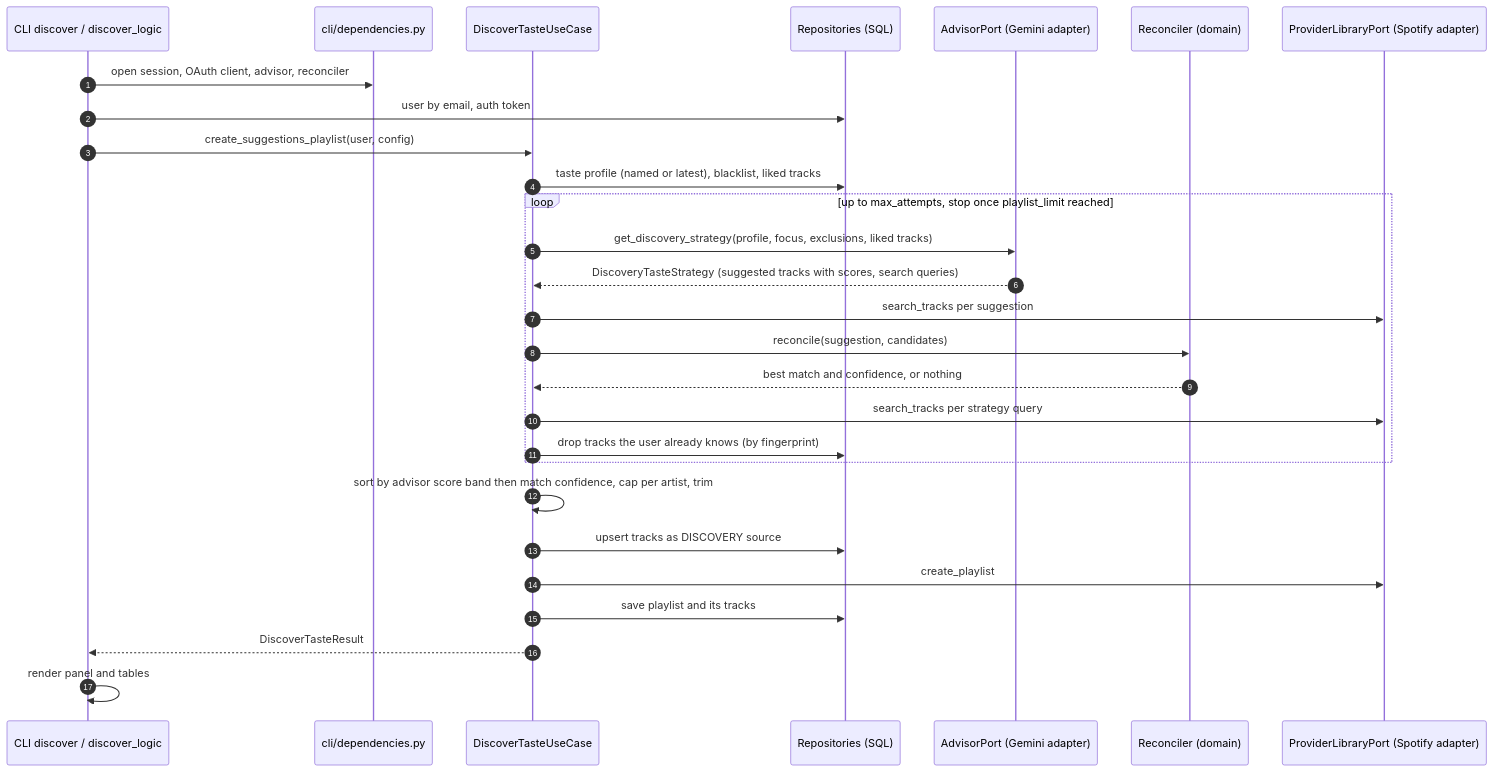
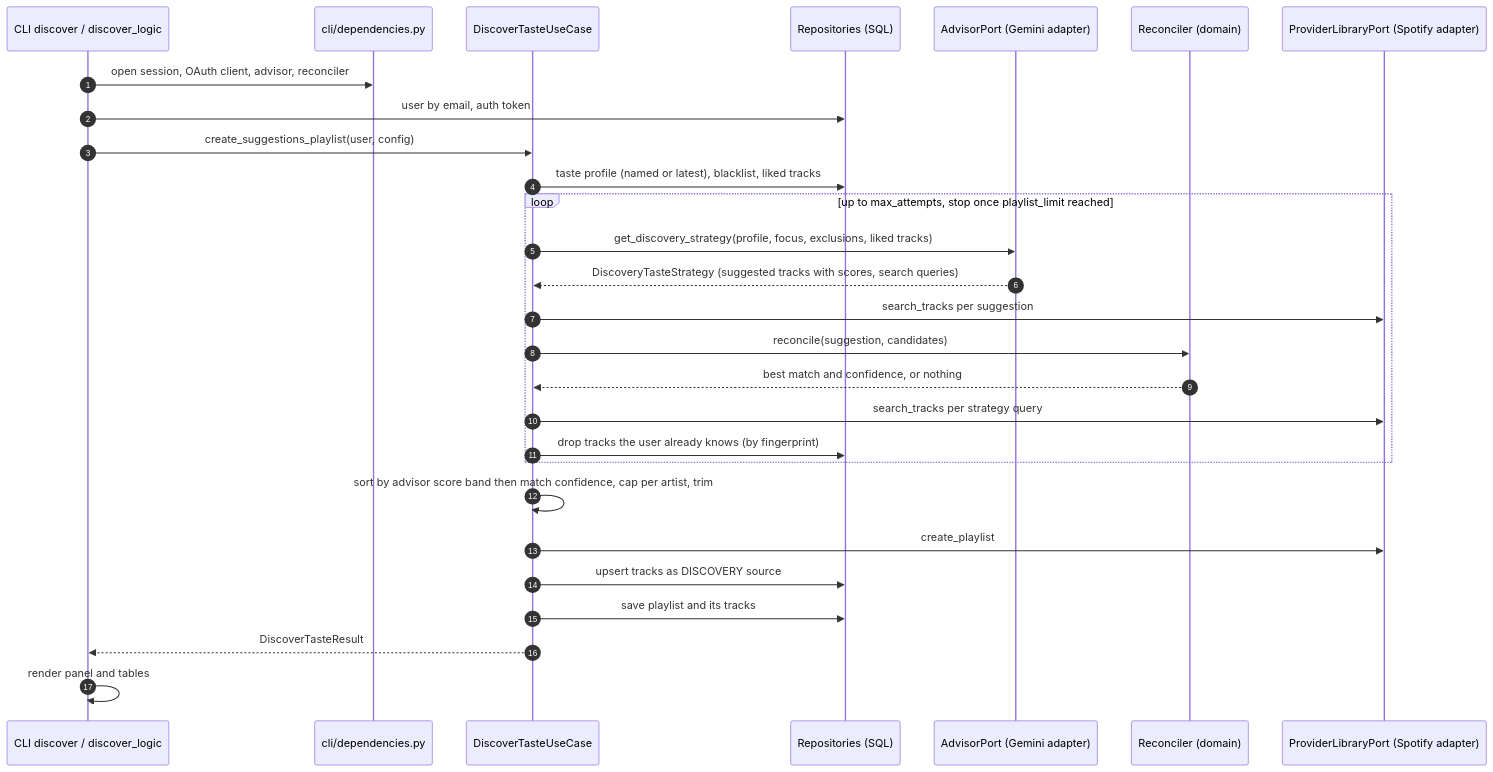
Before and after one commit to ychab/museflow: the second of 2 diagrams in docs/technical/architecture.md, drawn with Mermaid. The commit also changed other lines of this file and 2 other files, not shown here.

Commit message:
docs: document release() and fix the discover diagram order

````diff
--- a/docs/technical/architecture.md
+++ b/docs/technical/architecture.md
@@ -68,31 +68,31 @@
 ```mermaid
 sequenceDiagram
     autonumber
     participant CLI as CLI discover / discover_logic
     participant DI as cli/dependencies.py
     participant UC as DiscoverTasteUseCase
     participant Repo as Repositories (SQL)
     participant Adv as AdvisorPort (Gemini adapter)
     participant Rec as Reconciler (domain)
     participant Lib as ProviderLibraryPort (Spotify adapter)
 
     CLI->>DI: open session, OAuth client, advisor, reconciler
     CLI->>Repo: user by email, auth token
     CLI->>UC: create_suggestions_playlist(user, config)
     UC->>Repo: taste profile (named or latest), blacklist, liked tracks
     loop up to max_attempts, stop once playlist_limit reached
         UC->>Adv: get_discovery_strategy(profile, focus, exclusions, liked tracks)
         Adv-->>UC: DiscoveryTasteStrategy (suggested tracks with scores, search queries)
         UC->>Lib: search_tracks per suggestion
         UC->>Rec: reconcile(suggestion, candidates)
         Rec-->>UC: best match and confidence, or nothing
         UC->>Lib: search_tracks per strategy query
         UC->>Repo: drop tracks the user already knows (by fingerprint)
     end
     UC->>UC: sort by advisor score band then match confidence, cap per artist, trim
+    UC->>Lib: create_playlist
     UC->>Repo: upsert tracks as DISCOVERY source
-    UC->>Lib: create_playlist
     UC->>Repo: save playlist and its tracks
     UC-->>CLI: DiscoverTasteResult
     CLI->>CLI: render panel and tables
 ```
````
